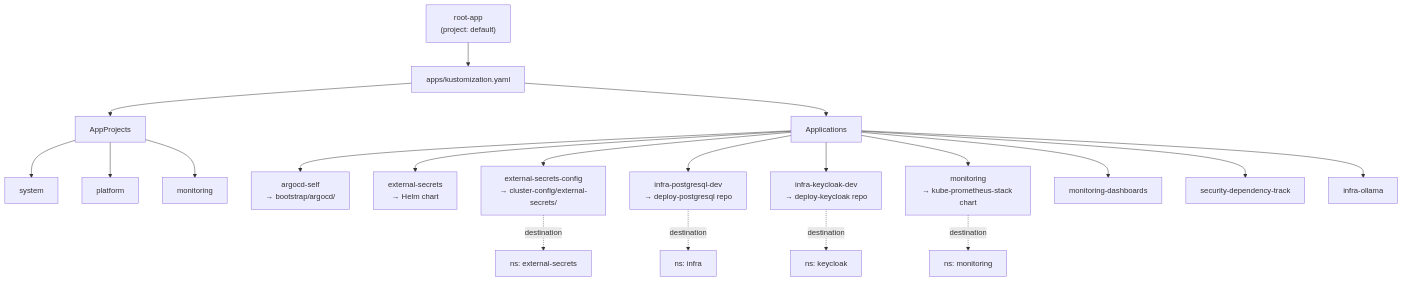
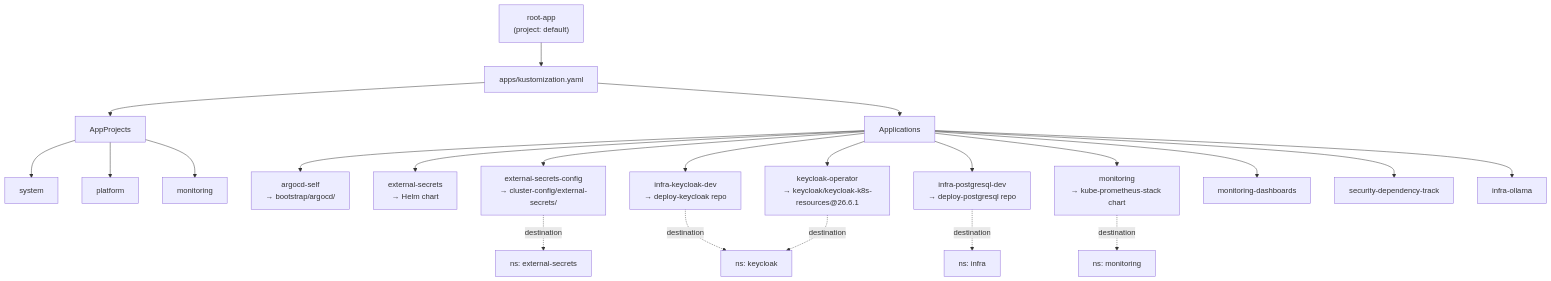
Before and after one commit to TourinhoM/deploy-argocd: the second of 3 diagrams in ARCHITECTURE.md, drawn with Mermaid. The commit also changed other lines of this file and 3 other files, not shown here.

Commit message:
feat(apps): add keycloak-operator Application

````diff
--- a/ARCHITECTURE.md
+++ b/ARCHITECTURE.md
@@ -50,27 +50,29 @@
 ```mermaid
 flowchart TD
     Root["root-app<br/>(project: default)"]
     Root --> Apps[apps/kustomization.yaml]
 
     Apps --> Projects[AppProjects]
     Apps --> Applications[Applications]
 
     Projects --> Sys[system]
     Projects --> Plat[platform]
     Projects --> Mon[monitoring]
 
     Applications --> Self["argocd-self<br/>→ bootstrap/argocd/"]
     Applications --> ESO["external-secrets<br/>→ Helm chart"]
     Applications --> ESOConfig["external-secrets-config<br/>→ cluster-config/external-secrets/"]
+    Applications --> KcOp["keycloak-operator<br/>→ keycloak/keycloak-k8s-resources@26.6.1"]
     Applications --> Pg["infra-postgresql-dev<br/>→ deploy-postgresql repo"]
     Applications --> Kc["infra-keycloak-dev<br/>→ deploy-keycloak repo"]
     Applications --> MonApp["monitoring<br/>→ kube-prometheus-stack chart"]
     Applications --> MonDash["monitoring-dashboards"]
     Applications --> DT["security-dependency-track"]
     Applications --> Ollama["infra-ollama"]
 
     Pg -. "destination" .-> NsInfra[ns: infra]
     Kc -. "destination" .-> NsKc[ns: keycloak]
+    KcOp -. "destination" .-> NsKc
     ESOConfig -. "destination" .-> NsES[ns: external-secrets]
     MonApp -. "destination" .-> NsMon[ns: monitoring]
 ```
````
